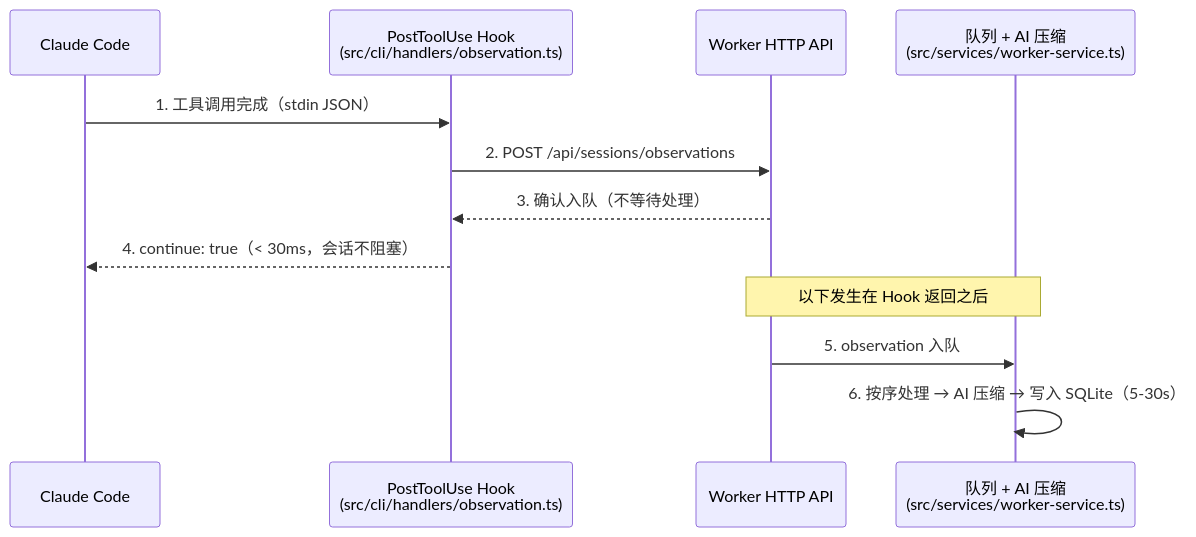
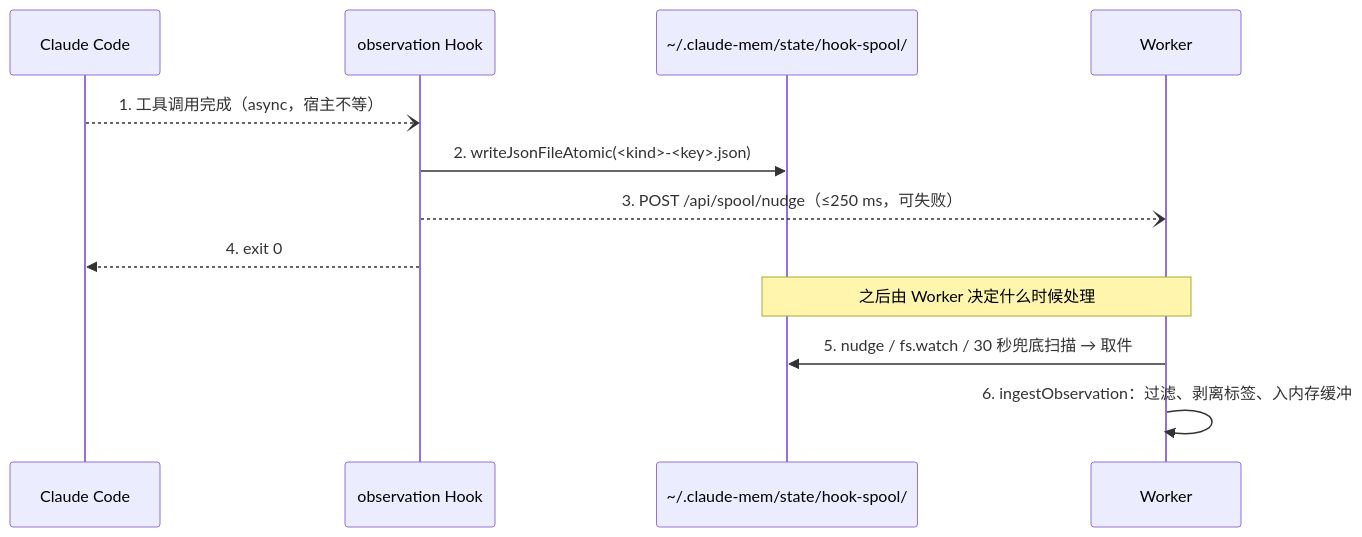
Before and after one commit to diguike/book-claude-mem: the second of 2 diagrams in 02-architecture/ch05-hook-lifecycle/README.md, drawn with Mermaid. The commit also changed other lines of this file and 155 other files, not shown here.

First line of the commit message:
docs: second edition for claude-mem v13.35.0

````diff
--- a/02-architecture/ch05-hook-lifecycle/README.md
+++ b/02-architecture/ch05-hook-lifecycle/README.md
@@ -303,15 +262,15 @@
 ```mermaid
 sequenceDiagram
     participant CC as Claude Code
-    participant H as PostToolUse Hook<br/>(src/cli/handlers/observation.ts)
-    participant W as Worker HTTP API
-    participant Q as 队列 + AI 压缩<br/>(src/services/worker-service.ts)
+    participant H as observation Hook
+    participant SP as ~/.claude-mem/state/hook-spool/
+    participant W as Worker
 
-    CC->>H: 1. 工具调用完成（stdin JSON）
-    H->>W: 2. POST /api/sessions/observations
-    W-->>H: 3. 确认入队（不等待处理）
-    H-->>CC: 4. continue: true（< 30ms，会话不阻塞）
-    Note over W,Q: 以下发生在 Hook 返回之后
-    W->>Q: 5. observation 入队
-    Q->>Q: 6. 按序处理 → AI 压缩 → 写入 SQLite（5-30s）
+    CC--)H: 1. 工具调用完成（async，宿主不等）
+    H->>SP: 2. writeJsonFileAtomic(<kind>-<key>.json)
+    H--)W: 3. POST /api/spool/nudge（≤250 ms，可失败）
+    H-->>CC: 4. exit 0
+    Note over SP,W: 之后由 Worker 决定什么时候处理
+    W->>SP: 5. nudge / fs.watch / 30 秒兜底扫描 → 取件
+    W->>W: 6. ingestObservation：过滤、剥离标签、入内存缓冲
 ```
````
